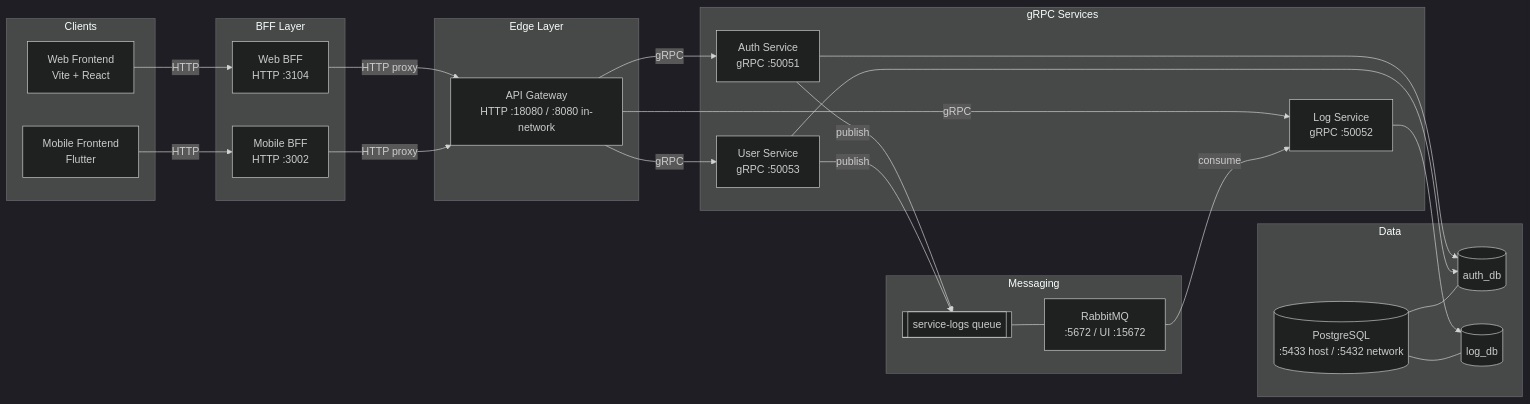
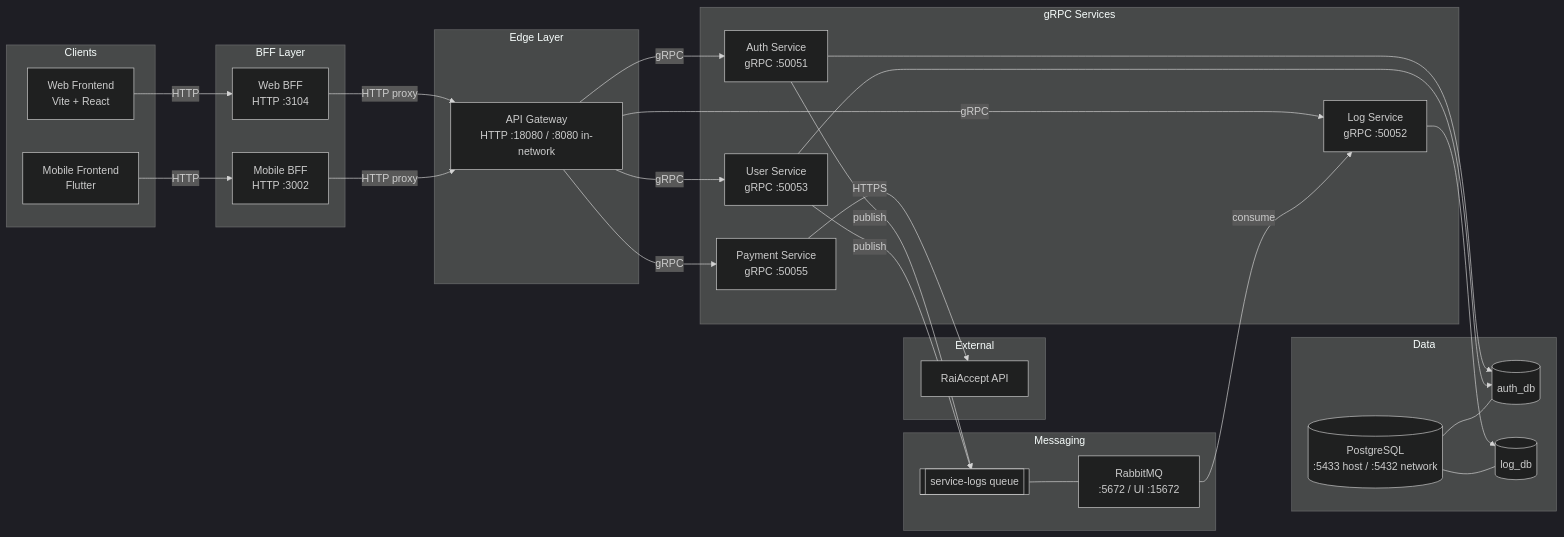
The diagram in README.md (florentqevani/digital-wallet), drawn with Mermaid (dark theme) before and after one commit. The commit also changed other lines of this file and 21 other files, not shown here.

Commit message:
payment service

````diff
--- a/README.md
+++ b/README.md
@@ -18,55 +18,63 @@
 ```mermaid
 flowchart LR
   subgraph Clients
     WF[Web Frontend\nVite + React]
     MF[Mobile Frontend\nFlutter]
   end
 
   subgraph BFF Layer
     WB[Web BFF\nHTTP :3104]
     MB[Mobile BFF\nHTTP :3002]
   end
 
   subgraph Edge Layer
     AG[API Gateway\nHTTP :18080 / :8080 in-network]
   end
 
   subgraph gRPC Services
     AS[Auth Service\ngRPC :50051]
     LS[Log Service\ngRPC :50052]
     US[User Service\ngRPC :50053]
+    PS[Payment Service\ngRPC :50055]
+  end
+
+  subgraph External
+    RAI[RaiAccept API]
   end
 
   subgraph Messaging
     RMQ[RabbitMQ\n:5672 / UI :15672]
     Q[[service-logs queue]]
   end
 
   subgraph Data
     P[(PostgreSQL\n:5433 host / :5432 network)]
     ADB[(auth_db)]
     LDB[(log_db)]
   end
 
   WF -->|HTTP| WB
   MF -->|HTTP| MB
 
   WB -->|HTTP proxy| AG
   MB -->|HTTP proxy| AG
 
   AG -->|gRPC| AS
   AG -->|gRPC| LS
   AG -->|gRPC| US
+  AG -->|gRPC| PS
+
+  PS -->|HTTPS| RAI
 
   AS -->|publish| Q
   US -->|publish| Q
   Q --- RMQ
   RMQ -->|consume| LS
 
   AS --> ADB
   US --> ADB
   LS --> LDB
 
   P --- ADB
   P --- LDB
 ```
````
